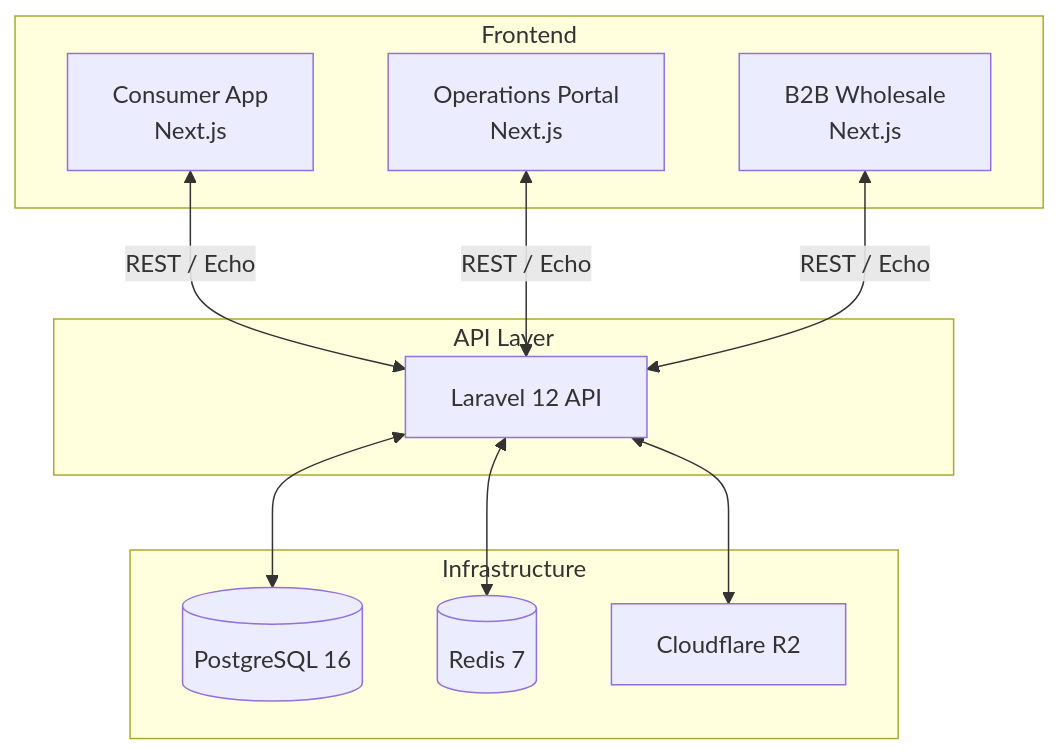
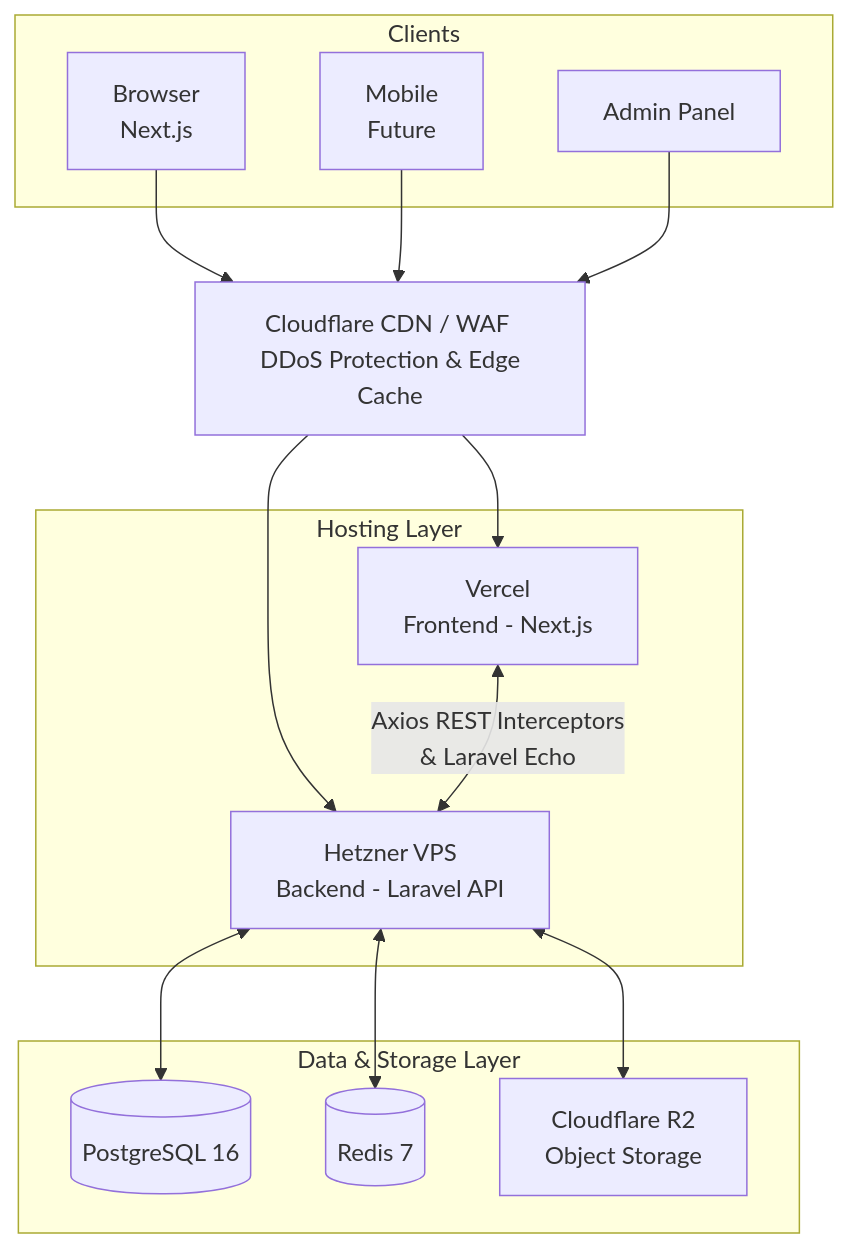
One commit to VishnuSenpaiIT/Kadal2Kadaai.Demo changed the diagram in README.md. Above: the diagram before and after it, drawn with Mermaid. The commit also changed other lines of this file, not shown here.

Commit message:
Update README with actual tech stack versions and accurate architecture diagram

````diff
--- a/README.md
+++ b/README.md
@@ -23,26 +24,34 @@
 ```mermaid
 graph TD
-    subgraph Frontend
-        C[Consumer App \n Next.js]
-        O[Operations Portal \n Next.js]
-        B[B2B Wholesale \n Next.js]
+    subgraph Clients
+        B[Browser \n Next.js]
+        M[Mobile \n Future]
+        A[Admin Panel]
     end
 
-    subgraph API Layer
-        API[Laravel 12 API]
+    CF[Cloudflare CDN / WAF \n DDoS Protection & Edge Cache]
+
+    subgraph Hosting Layer
+        V[Vercel \n Frontend - Next.js]
+        H[Hetzner VPS \n Backend - Laravel API]
     end
 
-    subgraph Infrastructure
+    subgraph Data & Storage Layer
         DB[(PostgreSQL 16)]
-        Cache[(Redis 7)]
-        Storage[Cloudflare R2]
+        R[(Redis 7)]
+        S[Cloudflare R2 \n Object Storage]
     end
 
-    C <-->|REST / Echo| API
-    O <-->|REST / Echo| API
-    B <-->|REST / Echo| API
+    B --> CF
+    M --> CF
+    A --> CF
 
-    API <--> DB
-    API <--> Cache
-    API <--> Storage
+    CF --> V
+    CF --> H
+
+    V <-->|Axios REST Interceptors \n & Laravel Echo| H
+
+    H <--> DB
+    H <--> R
+    H <--> S
 ```
````
